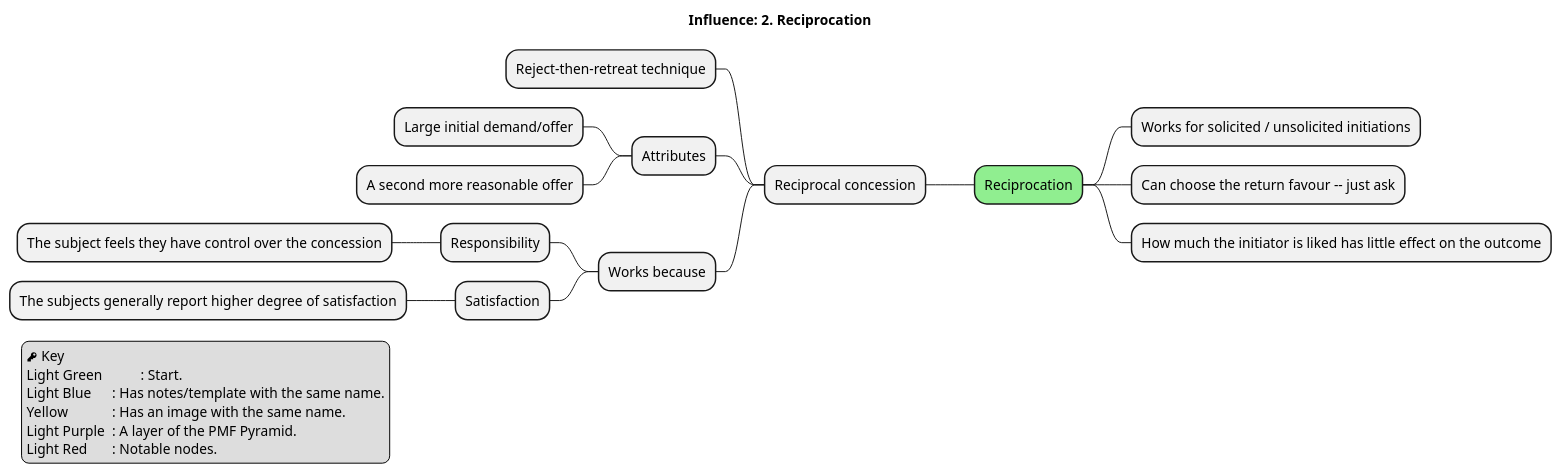
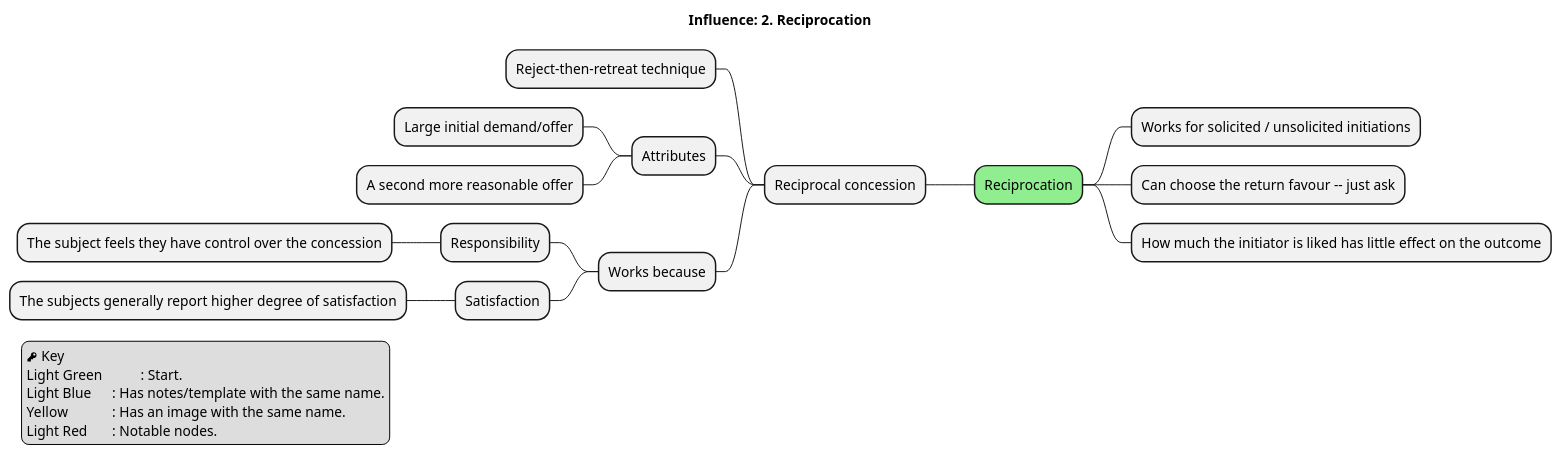
The diagram in psychology/influence:the-psychology-of-persuasion/2-reciprocation/mindmap.puml (0b10/notes), drawn with PlantUML before and after one commit. The commit also changed 4 other files, not shown here.

Commit message:
fix(influence): remove references to PMF from mindmaps

```diff
--- a/psychology/influence:the-psychology-of-persuasion/2-reciprocation/mindmap.puml
+++ b/psychology/influence:the-psychology-of-persuasion/2-reciprocation/mindmap.puml
@@ -1,34 +1,33 @@
 @startmindmap
 
 title Influence: 2. Reciprocation
 
 legend left
   <&key> Key
   Light Green   \t: Start.
   Light Blue    \t: Has notes/template with the same name.
   Yellow        \t: Has an image with the same name.
-  Light Purple  \t: A layer of the PMF Pyramid.
   Light Red     \t: Notable nodes.
 endlegend
 
 
 *[#lightgreen] Reciprocation
 ** Works for solicited / unsolicited initiations
 ** Can choose the return favour -- just ask
 ** How much the initiator is liked has little effect on the outcome
 
 left side
 
 ** Reciprocal concession
 *** Reject-then-retreat technique
 *** Attributes
 **** Large initial demand/offer
 **** A second more reasonable offer
 *** Works because
 **** Responsibility
 ***** The subject feels they have control over the concession
 **** Satisfaction
 ***** The subjects generally report higher degree of satisfaction
 
 
 @endmindmap
```
